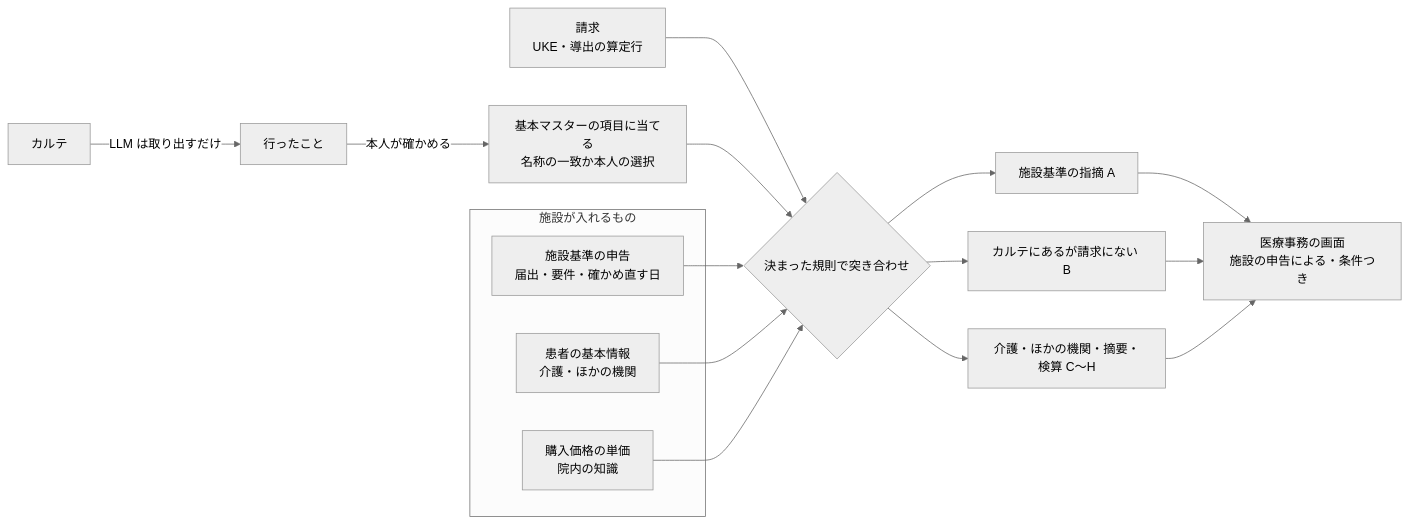
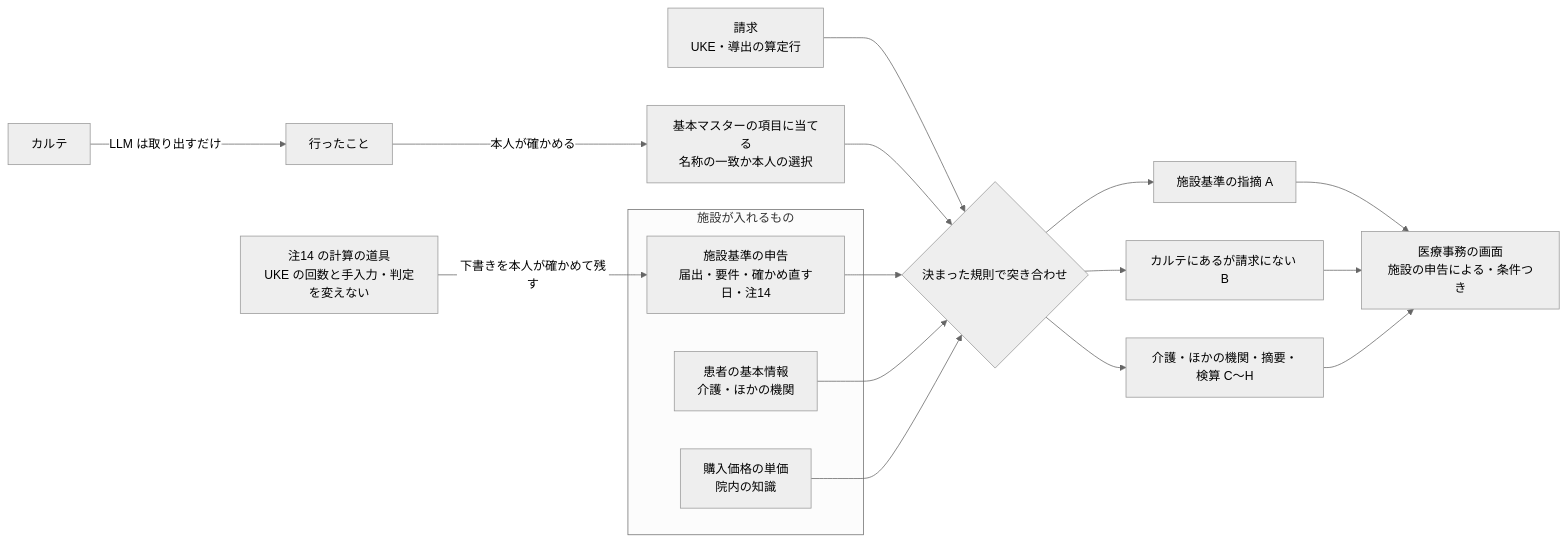
Before and after one commit to toshi-naka-boop/iji-context: the seventh of 7 diagrams in design/iji-context/spec.md, drawn with Mermaid (neutral theme). The commit also changed other lines of this file and 3 other files, not shown here.

````diff
--- a/design/iji-context/spec.md
+++ b/design/iji-context/spec.md
@@ -732,19 +736,20 @@
 ```mermaid
 flowchart LR
   subgraph 施設が入れるもの
-    S1[施設基準の申告<br/>届出・要件・確かめ直す日]
+    S1[施設基準の申告<br/>届出・要件・確かめ直す日・注14]
     S2[患者の基本情報<br/>介護・ほかの機関]
     S3[購入価格の単価<br/>院内の知識]
   end
+  T[注14 の計算の道具<br/>UKE の回数と手入力・判定を変えない] -->|下書きを本人が確かめて残す| S1
   K[カルテ] -->|LLM は取り出すだけ| D[行ったこと]
   D -->|本人が確かめる| M[基本マスターの項目に当てる<br/>名称の一致か本人の選択]
   U[請求<br/>UKE・導出の算定行] --> CMP{決まった規則で突き合わせ}
   M --> CMP
   S1 --> CMP
   S2 --> CMP
   S3 --> CMP
   CMP --> F1[施設基準の指摘 A]
   CMP --> F2[カルテにあるが請求にない B]
   CMP --> F3[介護・ほかの機関・摘要・検算 C〜H]
   F1 & F2 & F3 --> W[医療事務の画面<br/>施設の申告による・条件つき]
 ```
````
